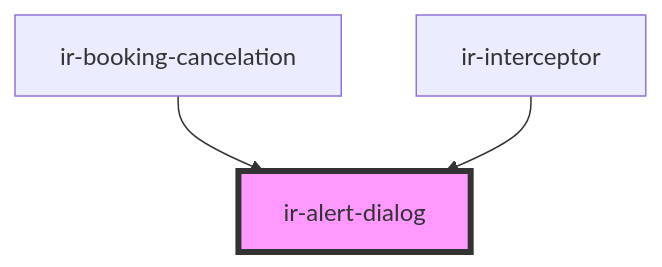
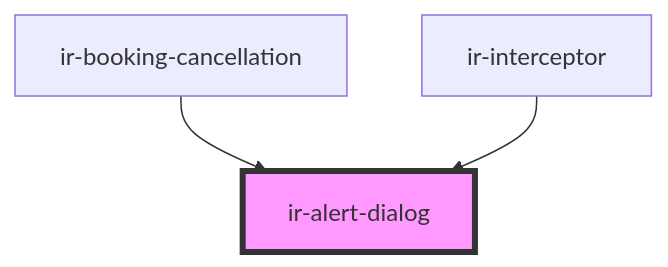
Before and after one commit to RonyRizk/ir-be: the diagram in src/components/ui/ir-alert-dialog/readme.md, drawn with Mermaid. The commit also changed other lines of this file and 48 other files, not shown here.

````diff
--- a/src/components/ui/ir-alert-dialog/readme.md
+++ b/src/components/ui/ir-alert-dialog/readme.md
@@ -46,6 +46,6 @@
 ```mermaid
 graph TD;
-  ir-booking-cancelation --> ir-alert-dialog
+  ir-booking-cancellation --> ir-alert-dialog
   ir-interceptor --> ir-alert-dialog
   style ir-alert-dialog fill:#f9f,stroke:#333,stroke-width:4px
 ```
````
